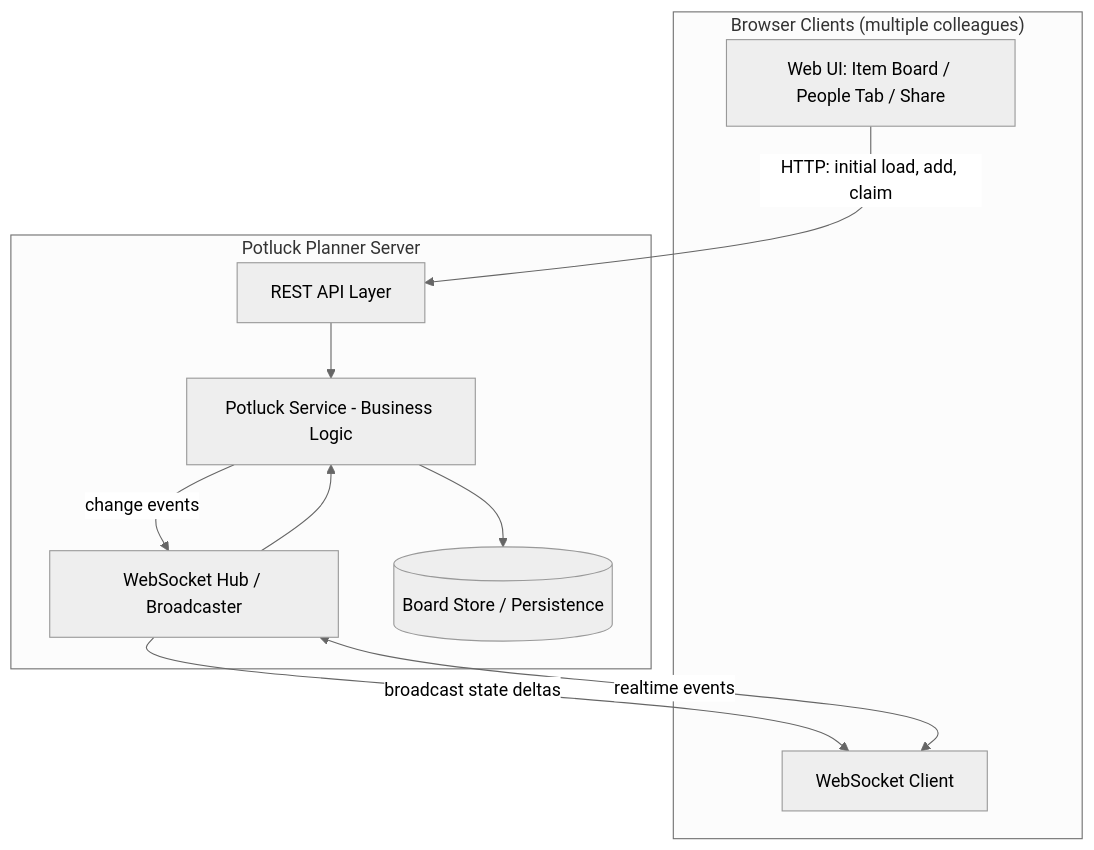
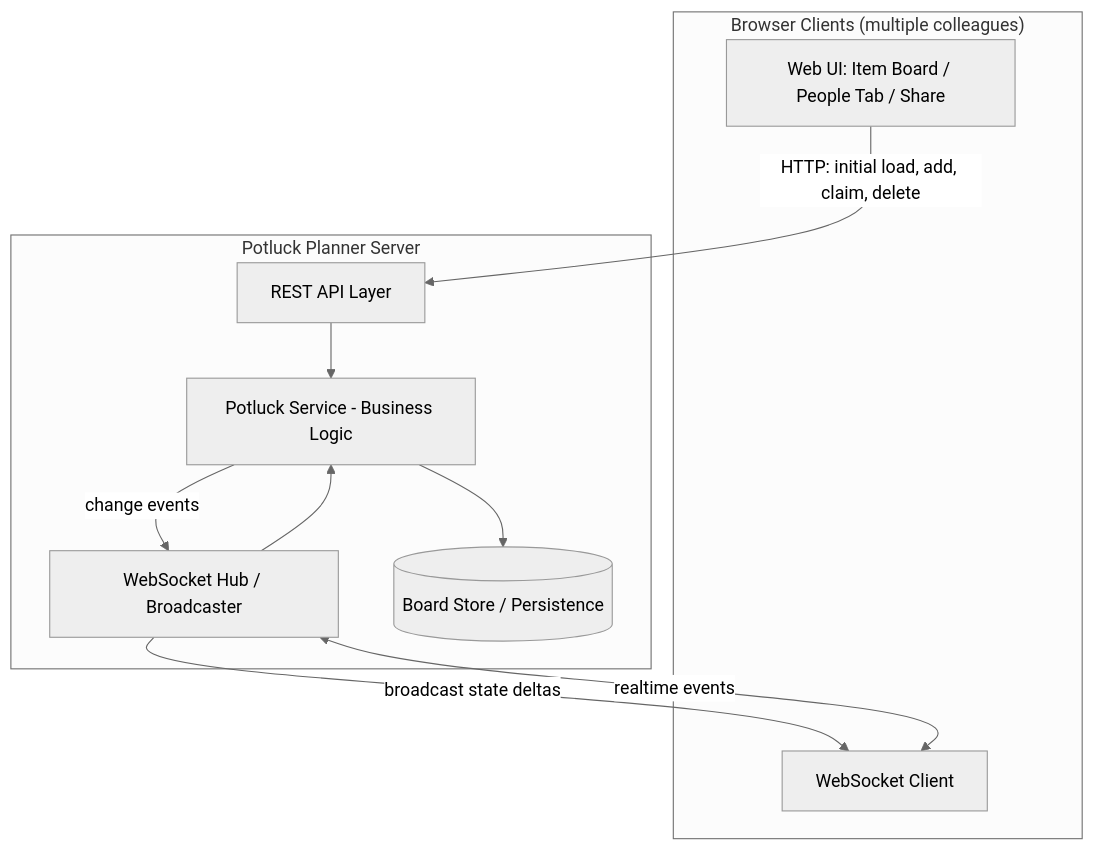
Before and after one commit to kannalokesh13/potluck: the first of 6 diagrams in .kiro/specs/realtime-potluck-planner/design.md, drawn with Mermaid (neutral theme). The commit also changed other lines of this file and 25 other files, not shown here.

````diff
--- a/.kiro/specs/realtime-potluck-planner/design.md
+++ b/.kiro/specs/realtime-potluck-planner/design.md
@@ -13,22 +30,22 @@
 ```mermaid
 graph TD
     subgraph Client["Browser Clients (multiple colleagues)"]
         UI[Web UI: Item Board / People Tab / Share]
         WS_C[WebSocket Client]
     end
 
     subgraph Server["Potluck Planner Server"]
         REST[REST API Layer]
         WSH[WebSocket Hub / Broadcaster]
         SVC[Potluck Service - Business Logic]
         STORE[(Board Store / Persistence)]
     end
 
-    UI -->|HTTP: initial load, add, claim| REST
+    UI -->|HTTP: initial load, add, claim, delete| REST
     WS_C <-->|realtime events| WSH
     REST --> SVC
     WSH --> SVC
     SVC --> STORE
     SVC -->|change events| WSH
     WSH -->|broadcast state deltas| WS_C
 ```
````
